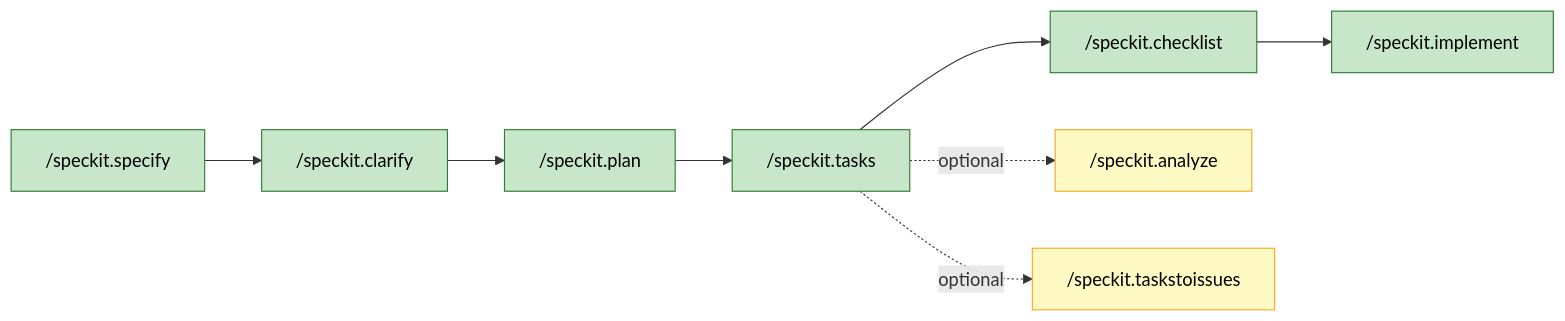
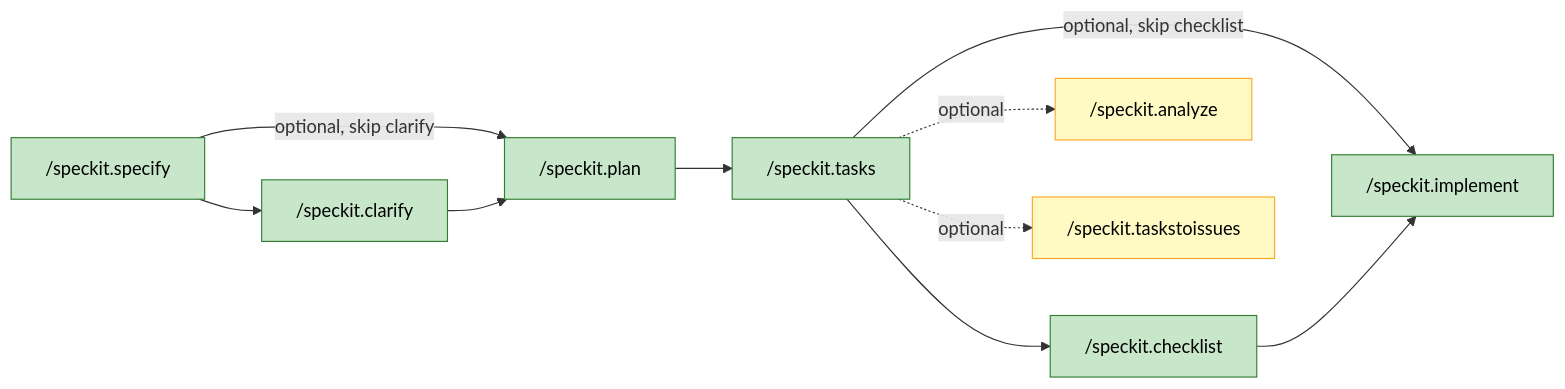
One commit to premkumarjanagarajan/fluid-flow-ai changed the second of 3 diagrams in docs/WORKFLOWS.md. Above: the diagram before and after it, drawn with Mermaid. The commit also changed other lines of this file and 2 other files, not shown here.

Commit message:
Fix documentation issues from PR review
- Add missing /speckit.constitution to COMMANDS.md TOC
- Fix /speckit.tasks descriptions to match actual template format
  (task IDs, [P]/[US#] labels, file paths, Independent Test criteria)
- Add leading / to Spec-Kit command labels in ARCHITECTURE.md diagram
- Show optional branches for clarify/checklist in WORKFLOWS.md diagram

````diff
--- a/docs/WORKFLOWS.md
+++ b/docs/WORKFLOWS.md
@@ -145,20 +145,22 @@
 ```mermaid
 flowchart LR
     S1["/speckit.specify"] --> S2["/speckit.clarify"]
+    S1 -->|"optional, skip clarify"| S3
     S2 --> S3["/speckit.plan"]
     S3 --> S4["/speckit.tasks"]
     S4 --> S5["/speckit.checklist"]
+    S4 -->|"optional, skip checklist"| S6
     S5 --> S6["/speckit.implement"]
 
     S4 -.->|optional| S7["/speckit.analyze"]
     S4 -.->|optional| S8["/speckit.taskstoissues"]
 
     style S1 fill:#C8E6C9,stroke:#2E7D32,color:#000
     style S2 fill:#C8E6C9,stroke:#2E7D32,color:#000
     style S3 fill:#C8E6C9,stroke:#2E7D32,color:#000
     style S4 fill:#C8E6C9,stroke:#2E7D32,color:#000
     style S5 fill:#C8E6C9,stroke:#2E7D32,color:#000
     style S6 fill:#C8E6C9,stroke:#2E7D32,color:#000
     style S7 fill:#FFF9C4,stroke:#F9A825,color:#000
     style S8 fill:#FFF9C4,stroke:#F9A825,color:#000
 ```
````
